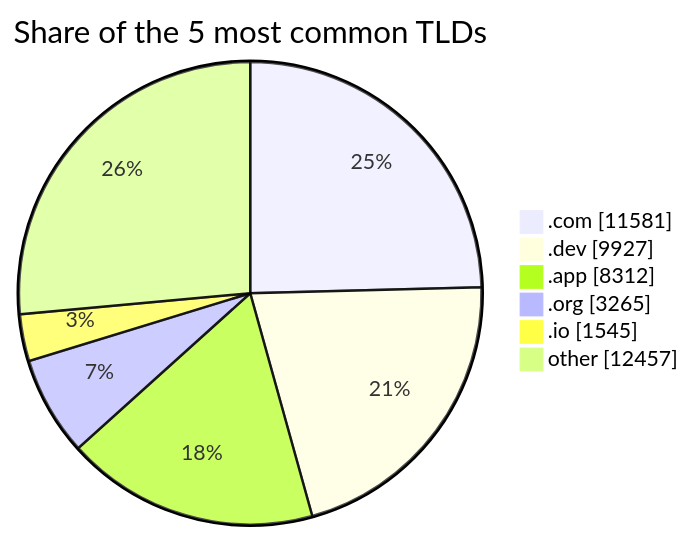
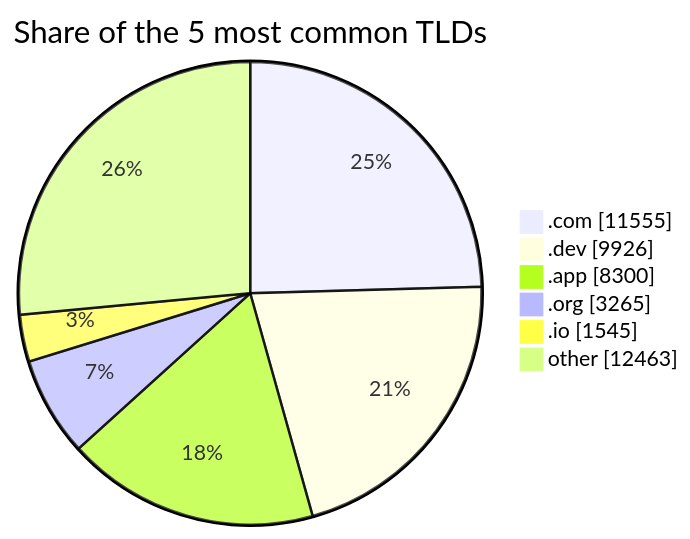
One commit to DNSBunker/CTI changed the third of 3 diagrams in README.md. Above: the diagram before and after it, drawn with Mermaid. The commit also changed other lines of this file and 3 other files, not shown here.

````diff
--- a/README.md
+++ b/README.md
@@ -81,9 +81,9 @@
 ```mermaid
 pie showData title Share of the 5 most common TLDs
-    ".com" : 11581
-    ".dev" : 9927
-    ".app" : 8312
+    ".com" : 11555
+    ".dev" : 9926
+    ".app" : 8300
     ".org" : 3265
     ".io" : 1545
-    "other" : 12457
+    "other" : 12463
 ```
````
